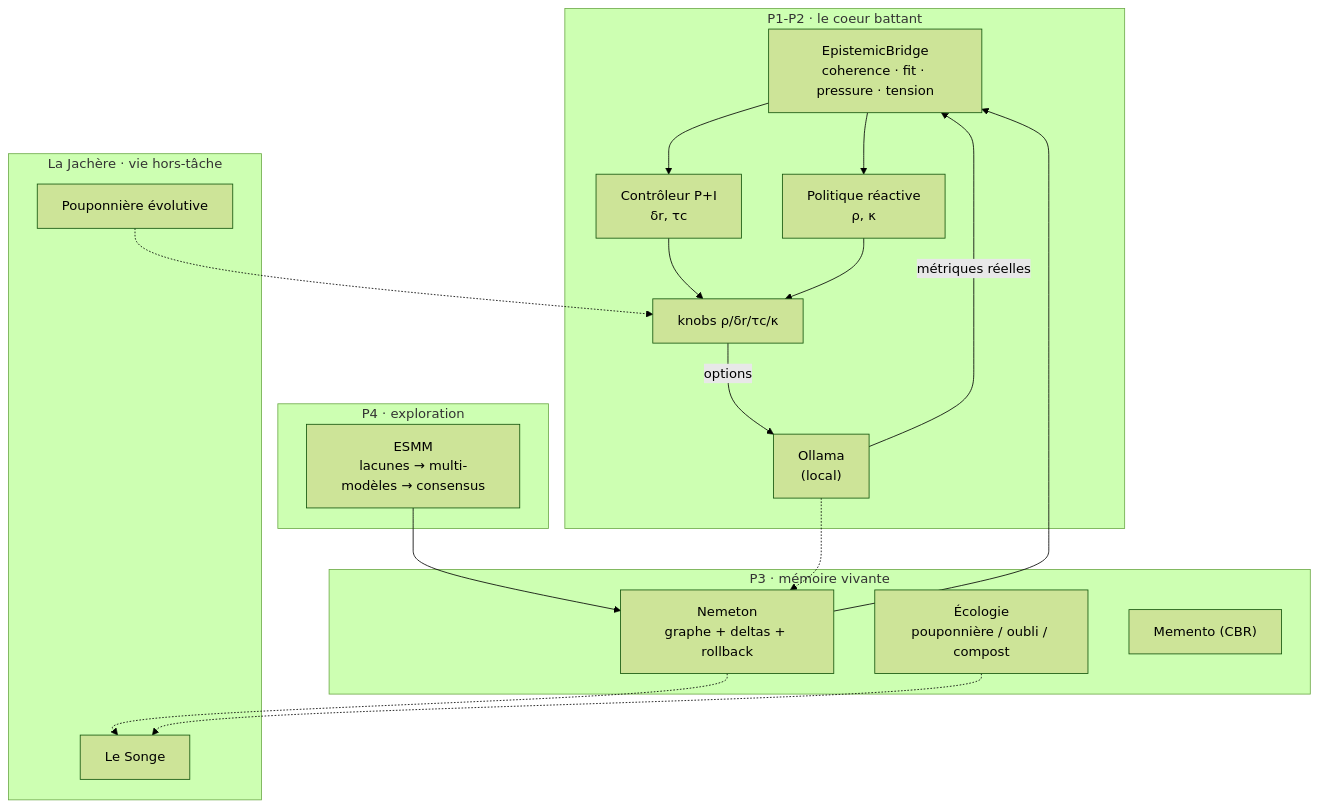
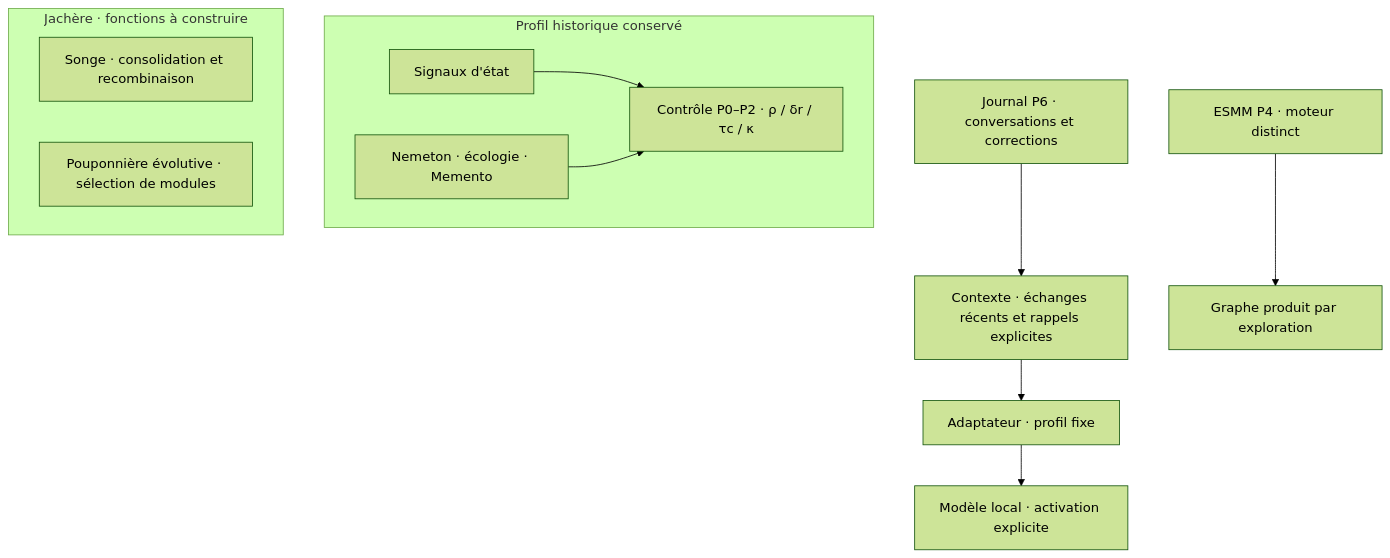
The diagram in README.md (SimonBouhier/lyra_reborn), drawn with Mermaid (forest theme) before and after one commit. The commit also changed other lines of this file and 5 other files, not shown here.

````diff
--- a/README.md
+++ b/README.md
@@ -68,29 +132,15 @@
 ```mermaid
 flowchart TB
-    subgraph CTRL["P1-P2 · le coeur battant"]
-      B["EpistemicBridge<br/>coherence · fit · pressure · tension"] --> PI["Contrôleur P+I<br/>δr, τc"]
-      B --> RE["Politique réactive<br/>ρ, κ"]
-      PI --> K["knobs ρ/δr/τc/κ"]
-      RE --> K
-      K -->|options| LLM["Ollama<br/>(local)"]
-      LLM -->|métriques réelles| B
+    J["Journal P6 · conversations et corrections"] --> C["Contexte · échanges récents et rappels explicites"]
+    C --> A["Adaptateur · profil fixe"]
+    A --> M["Modèle local · activation explicite"]
+    subgraph HIST["Profil historique conservé"]
+      B["Signaux d'état"] --> PI["Contrôle P0–P2 · ρ / δr / τc / κ"]
+      G["Nemeton · écologie · Memento"] --> PI
     end
-    subgraph MEM["P3 · mémoire vivante"]
-      G["Nemeton<br/>graphe + deltas + rollback"]
-      E["Écologie<br/>pouponnière / oubli / compost"]
-      C["Memento (CBR)"]
+    E["ESMM P4 · moteur distinct"] --> EG["Graphe produit par exploration"]
+    subgraph FUT["Jachère · fonctions à construire"]
+      S["Songe · consolidation et recombinaison"]
+      P["Pouponnière évolutive · sélection de modules"]
     end
-    subgraph EXP["P4 · exploration"]
-      ESMM["ESMM<br/>lacunes → multi-modèles → consensus"]
-    end
-    LLM -.-> G
-    ESMM --> G
-    G --> B
-    subgraph JACH["La Jachère · vie hors-tâche"]
-      P["Pouponnière évolutive"]
-      S["Le Songe"]
-    end
-    E -.-> S
-    G -.-> S
-    P -.-> K
 ```
````
